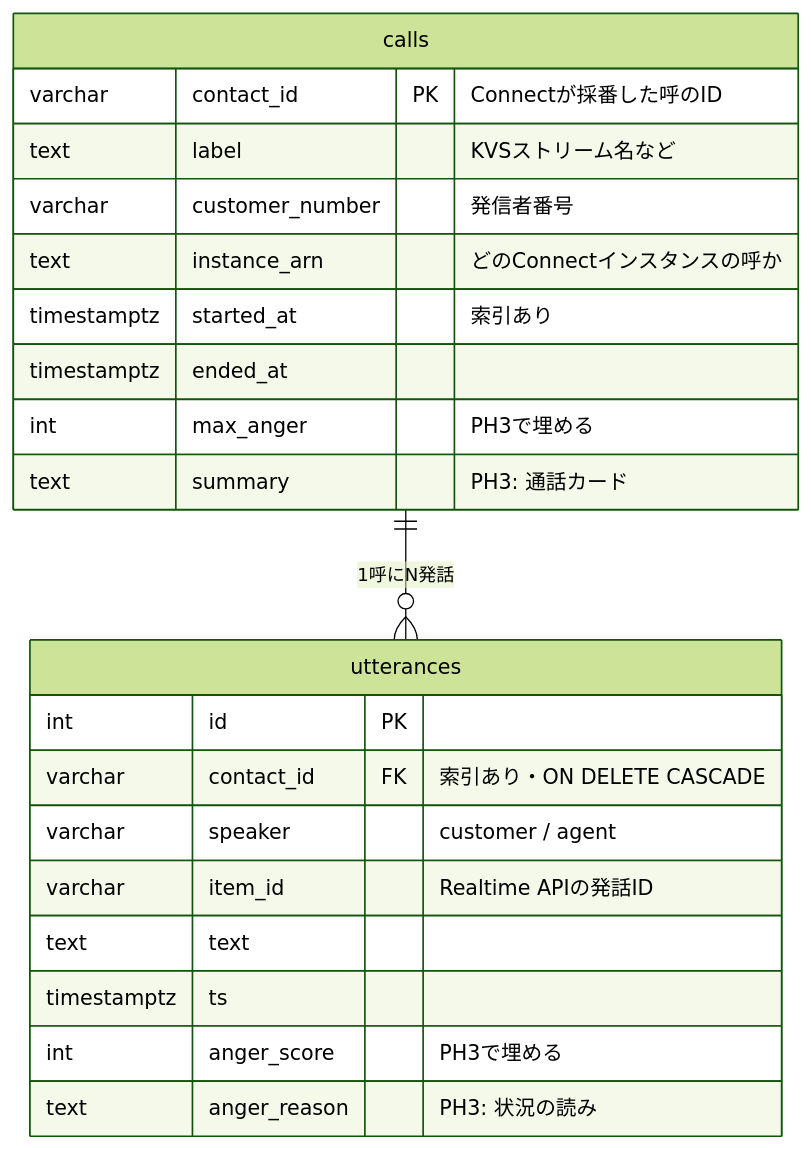
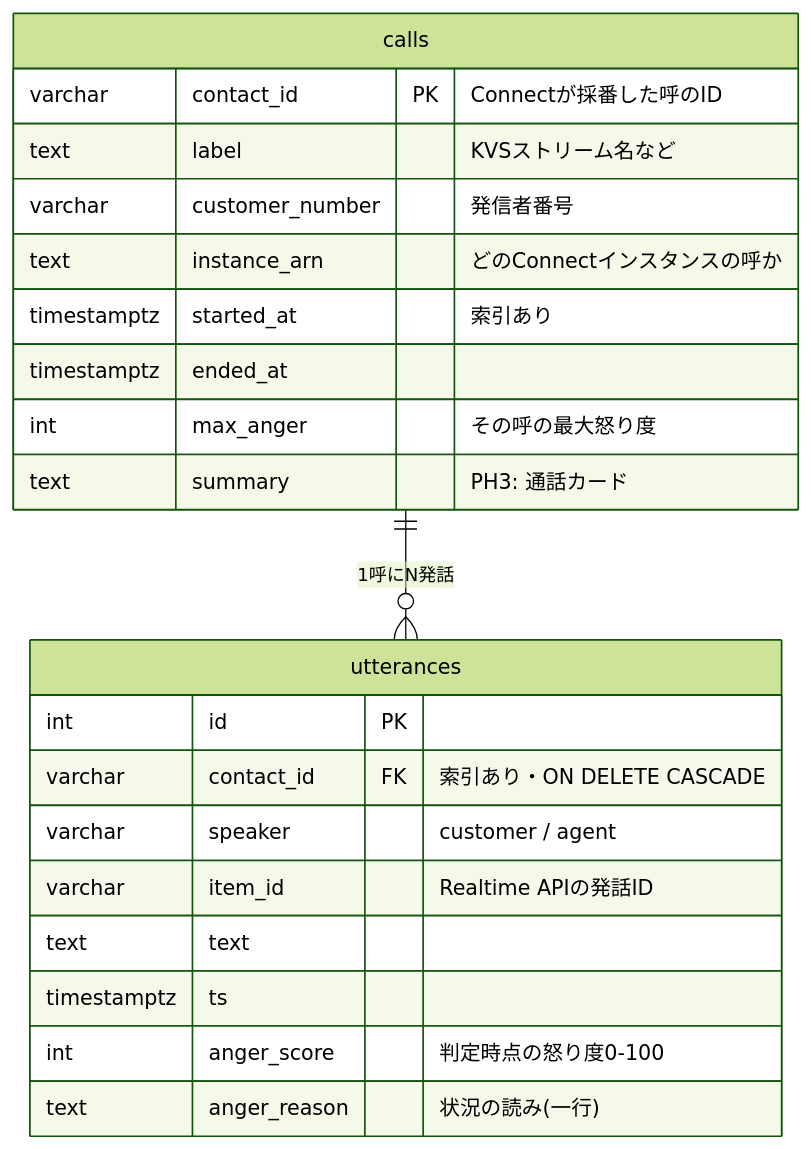
The second of 3 diagrams in docs/data-model.md (yoshiharu-ishii/crossbar_telepath), drawn with Mermaid (forest theme) before and after one commit. The commit also changed 9 other files, not shown here.

````diff
--- a/docs/data-model.md
+++ b/docs/data-model.md
@@ -39,24 +39,24 @@
 ```mermaid
 erDiagram
     calls ||--o{ utterances : "1呼にN発話"
     calls {
         varchar contact_id PK "Connectが採番した呼のID"
         text label "KVSストリーム名など"
         varchar customer_number "発信者番号"
         text instance_arn "どのConnectインスタンスの呼か"
         timestamptz started_at "索引あり"
         timestamptz ended_at
-        int max_anger "PH3で埋める"
+        int max_anger "その呼の最大怒り度"
         text summary "PH3: 通話カード"
     }
     utterances {
         int id PK
         varchar contact_id FK "索引あり・ON DELETE CASCADE"
         varchar speaker "customer / agent"
         varchar item_id "Realtime APIの発話ID"
         text text
         timestamptz ts
-        int anger_score "PH3で埋める"
-        text anger_reason "PH3: 状況の読み"
+        int anger_score "判定時点の怒り度0-100"
+        text anger_reason "状況の読み(一行)"
     }
 ```
````
